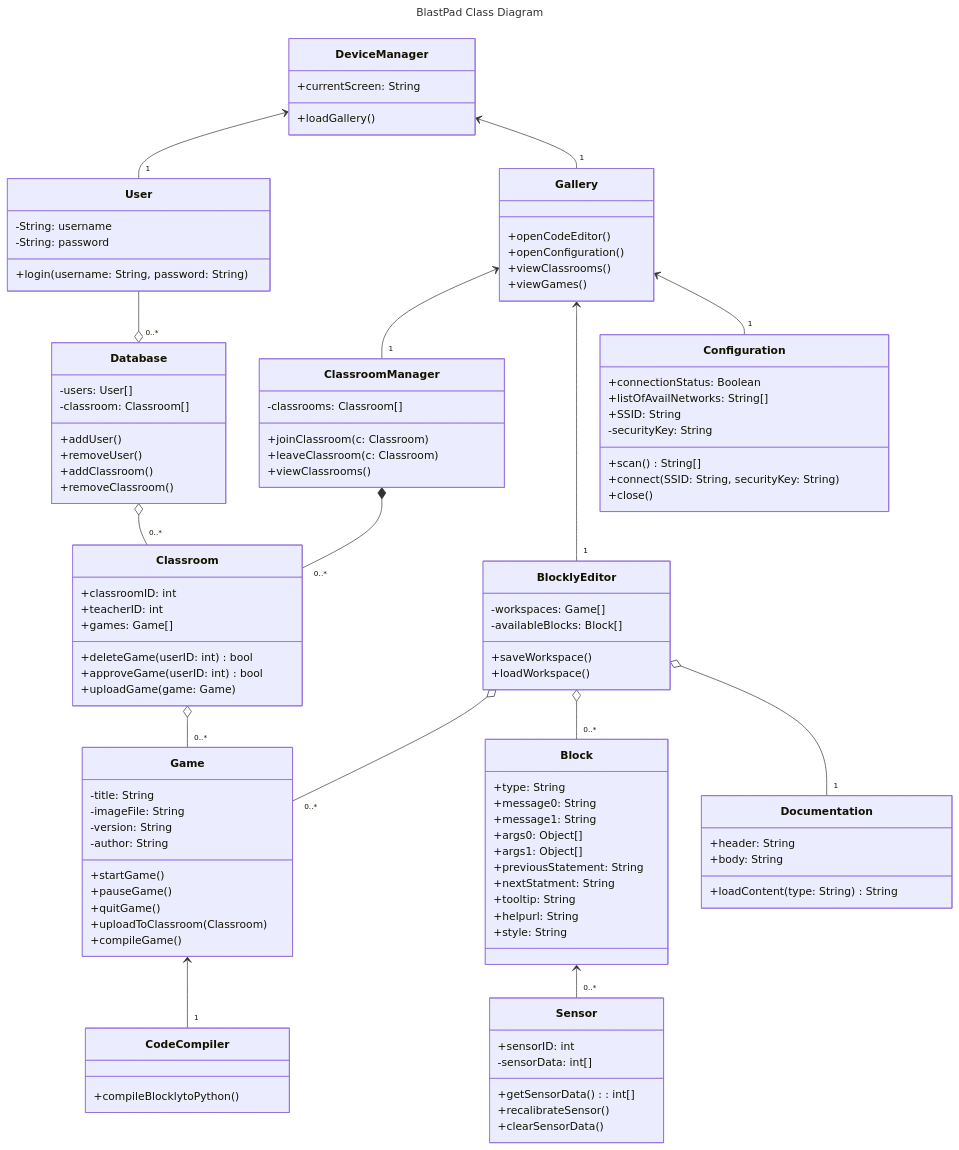
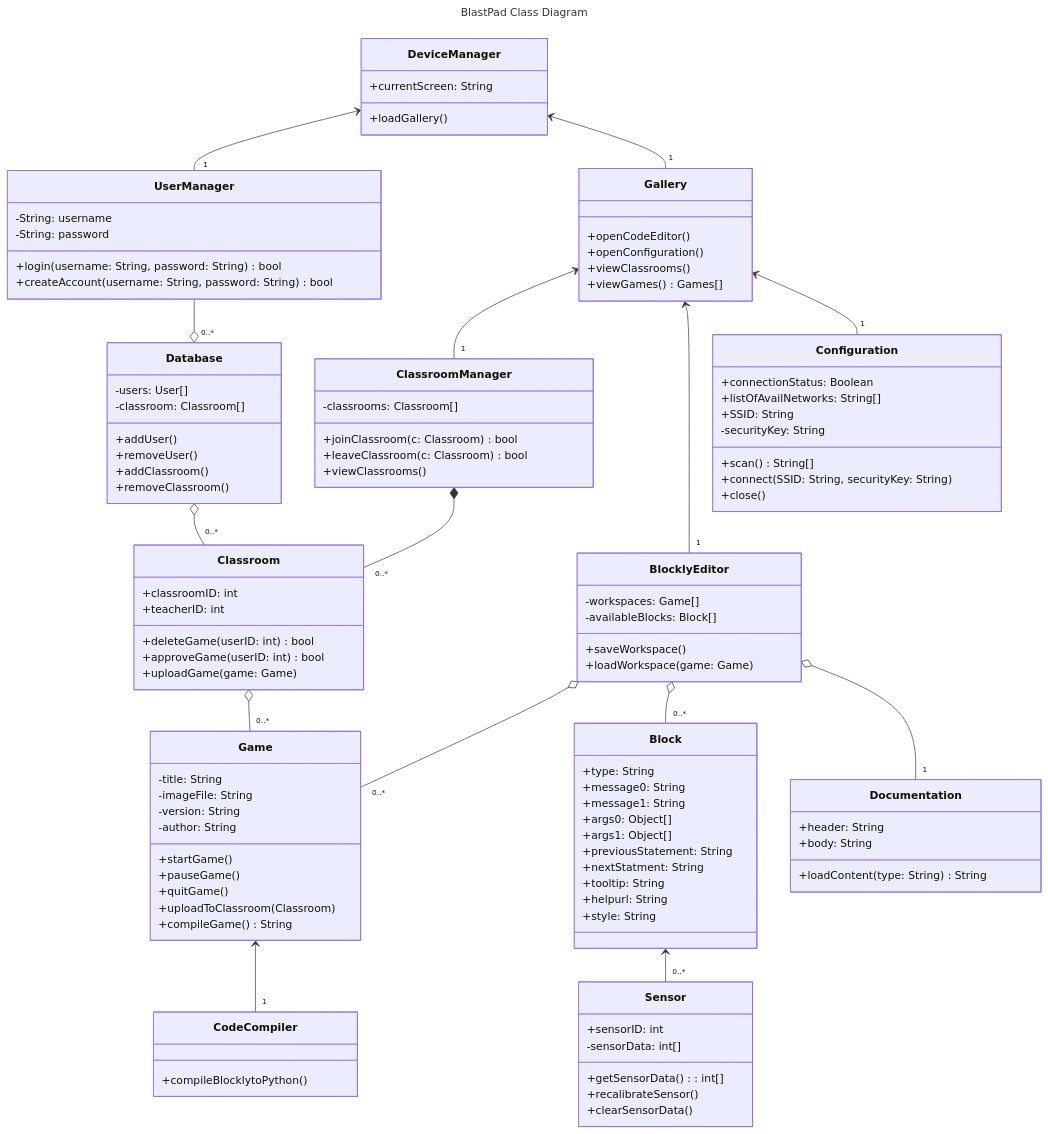
Before and after one commit to Capstone-Projects-2024-Spring/project-blastpad: the first of 13 diagrams in documentation/docs/system-architecture/design.md, drawn with Mermaid. The commit also changed 1 other file, not shown here.

Commit message:
Added Integration tests for use cases 4, 5, and 6

```diff
--- a/documentation/docs/system-architecture/design.md
+++ b/documentation/docs/system-architecture/design.md
@@ -12,9 +12,9 @@
 ---
 classDiagram
     BlocklyEditor o-- "0..*" Game
-	User --o "0..*" Database
+	UserManager --o "0..*" Database
 	Classroom o-- "0..*" Game
-	DeviceManager <-- "1" User
+	DeviceManager <-- "1" UserManager
 	BlocklyEditor o-- "0..*" Block
 	Database o-- "0..*" Classroom
 	BlocklyEditor o-- "1" Documentation
@@ -36,14 +36,14 @@
 		+pauseGame()
 		+quitGame()
 		+uploadToClassroom(Classroom)
-		+compileGame()
+		+compileGame() String
     }
     class BlocklyEditor{
         -workspaces: Game[]
 		-availableBlocks: Block[]
 		
 		+saveWorkspace()
-		+loadWorkspace()
+		+loadWorkspace(game: Game)
     }
     class Block {
         +type: String
@@ -68,7 +68,6 @@
     class Classroom {
         +classroomID: int
 		+teacherID: int
-		+games: Game[]
 
 		+deleteGame(userID: int) bool
 		+approveGame(userID: int) bool
@@ -77,14 +76,15 @@
 	class ClassroomManager {
 		-classrooms: Classroom[]
 
-		+joinClassroom(c: Classroom)
-		+leaveClassroom(c: Classroom)
+		+joinClassroom(c: Classroom) bool
+		+leaveClassroom(c: Classroom) bool
 		+viewClassrooms()
 	}
-	class User {
+	class UserManager {
     	-String: username
 		-String: password
-		+login(username: String, password: String)
+		+login(username: String, password: String) bool
+		+createAccount(username: String, password: String) bool
     }
     class Configuration {
 		+connectionStatus: Boolean
@@ -100,7 +100,7 @@
     	+openCodeEditor()
 		+openConfiguration()
 		+viewClassrooms()
-		+viewGames()
+		+viewGames() Games[]
 			
     }
     class Documentation {
```
